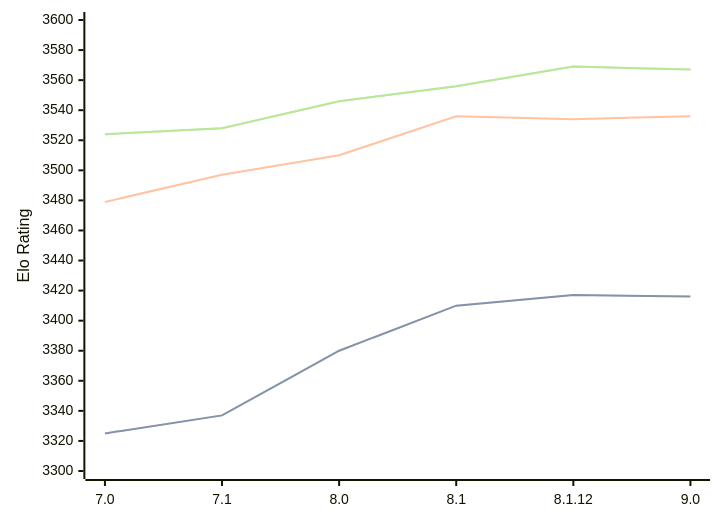
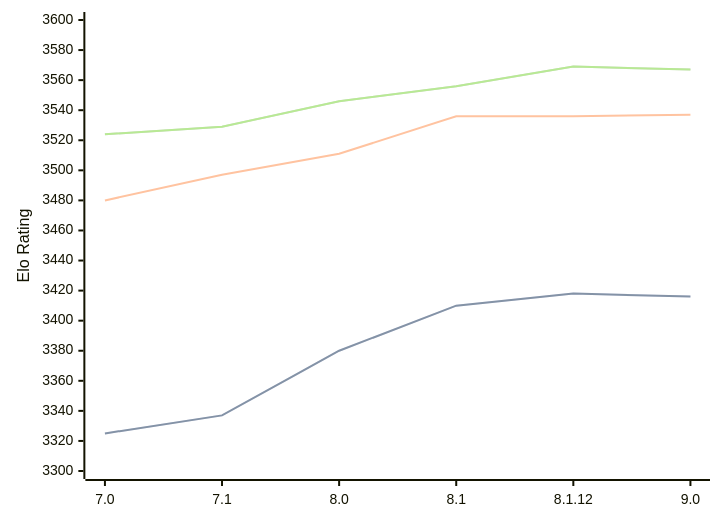
The first of 3 diagrams in engines/Alexandria.md (computer-chess-index/cci), drawn with Mermaid before and after one commit. The commit also changed other lines of this file, not shown here.

Commit message:
Update CCI Ratings (ELO VLTC) - 2026-07-14

````diff
--- a/engines/Alexandria.md
+++ b/engines/Alexandria.md
@@ -55,11 +55,11 @@
 ```mermaid
 %%{init: {"theme":"base","themeVariables":{"seriesColors:['#a3a3a3','#222221','#faa371']}}}%%
 xychart-beta
   x-axis ["7.0", "7.1", "8.0", "8.1", "8.1.12", "9.0"]
   y-axis "Elo Rating" 3300 --> 3600
-  line "STC (8.0+0.08s)" [3325, 3337, 3380, 3410, 3417, 3416]
-  line "STC (8.0+0.08s)" [3325, 3337, 3380, 3410, 3417, 3416]
-  line "LTC (60.0+0.60s)" [3479, 3497, 3510, 3536, 3534, 3536]
-  line "VLTC (2m24s+1.12s)" [3524, 3528, 3546, 3556, 3569, 3567]
-  line "VLTC (2m24s+1.12s)" [3524, 3528, 3546, 3556, 3569, 3567]
+  line "STC (8.0+0.08s)" [3325, 3337, 3380, 3410, 3418, 3416]
+  line "STC (8.0+0.08s)" [3325, 3337, 3380, 3410, 3418, 3416]
+  line "LTC (60.0+0.60s)" [3480, 3497, 3511, 3536, 3536, 3537]
+  line "VLTC (2m24s+1.12s)" [3524, 3529, 3546, 3556, 3569, 3567]
+  line "VLTC (2m24s+1.12s)" [3524, 3529, 3546, 3556, 3569, 3567]
 ```
````
